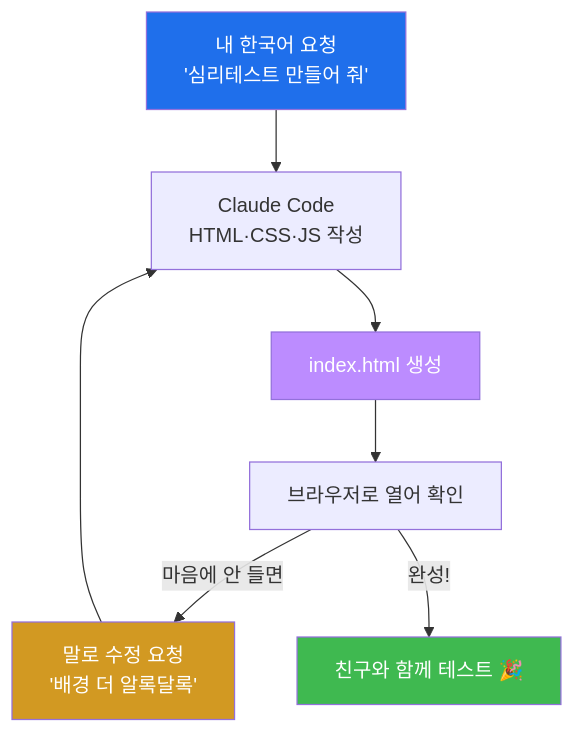
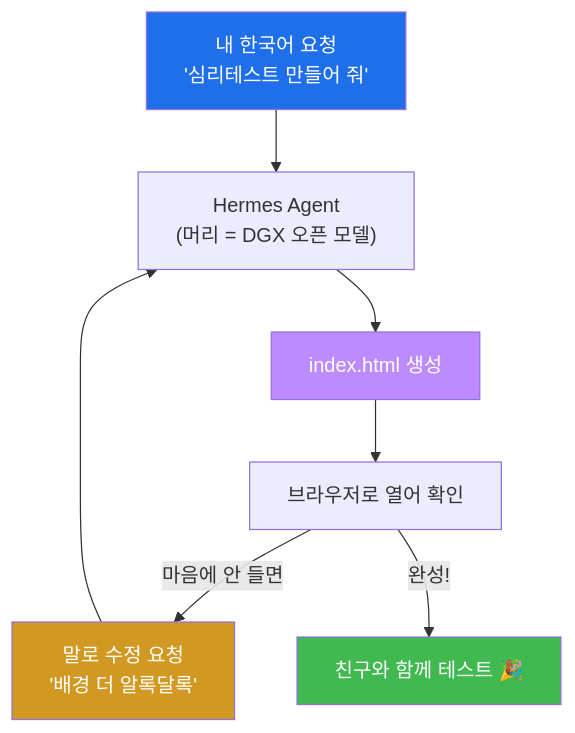
The seventh of 8 diagrams in contents/training/lecture_week02.md (mrgrit/easy_web_hacking_class), drawn with Mermaid before and after one commit. The commit also changed other lines of this file and 68 other files, not shown here.

````diff
--- a/contents/training/lecture_week02.md
+++ b/contents/training/lecture_week02.md
@@ -591,17 +727,17 @@
 ```mermaid
 graph TB
     A["내 한국어 요청<br/>'심리테스트 만들어 줘'"]
-    B["Claude Code<br/>HTML·CSS·JS 작성"]
+    B["Hermes Agent<br/>(머리 = DGX 오픈 모델)"]
     C["index.html 생성"]
     D["브라우저로 열어 확인"]
     E["말로 수정 요청<br/>'배경 더 알록달록'"]
     F["친구와 함께 테스트 🎉"]
     A --> B --> C --> D
     D -->|"마음에 안 들면"| E
     E --> B
     D -->|"완성!"| F
     style A fill:#1f6feb,color:#fff
     style C fill:#bc8cff,color:#fff
     style E fill:#d29922,color:#fff
     style F fill:#3fb950,color:#fff
 ```
````
